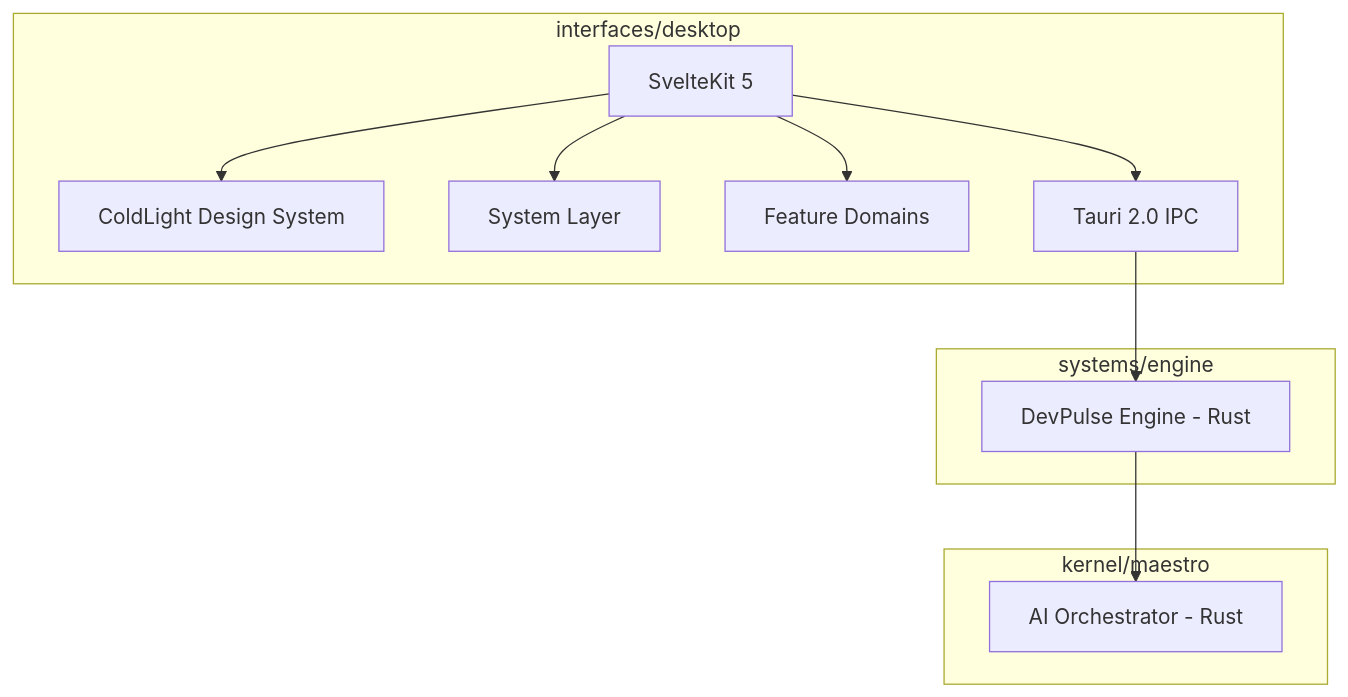
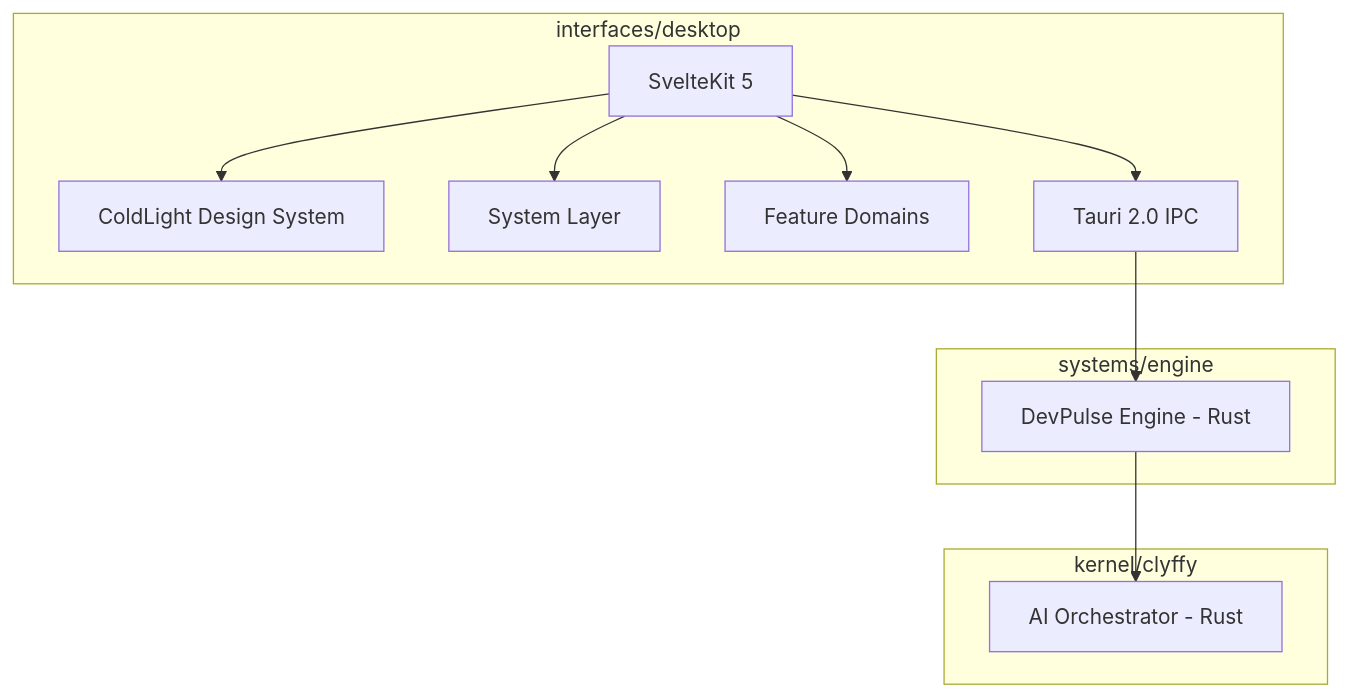
The diagram in docs/site/docs/intro.md (EonsofStupid/platform_devpulse), drawn with Mermaid before and after one commit. The commit also changed other lines of this file and 151 other files, not shown here.

First line of the commit message:
feat(engine): rename maestro to clyffy, add visual system, align components

````diff
--- a/docs/site/docs/intro.md
+++ b/docs/site/docs/intro.md
@@ -12,17 +12,17 @@
 ```mermaid
 flowchart TD
     subgraph "interfaces/desktop"
         SK[SvelteKit 5] --> CL[ColdLight Design System]
         SK --> Sys[System Layer]
         SK --> Dom[Feature Domains]
         SK --> Tauri[Tauri 2.0 IPC]
     end
     subgraph "systems/engine"
         Engine[DevPulse Engine - Rust]
     end
-    subgraph "kernel/maestro"
-        Maestro[AI Orchestrator - Rust]
+    subgraph "kernel/clyffy"
+        Clyffy[AI Orchestrator - Rust]
     end
     Tauri --> Engine
-    Engine --> Maestro
+    Engine --> Clyffy
 ```
````
